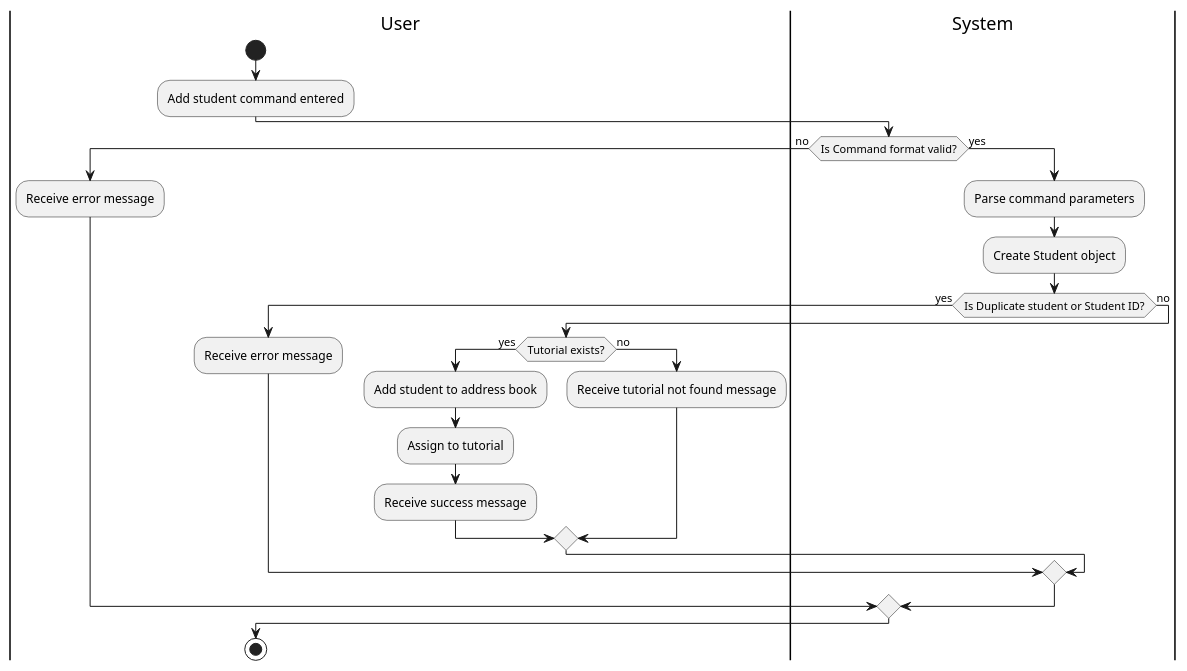
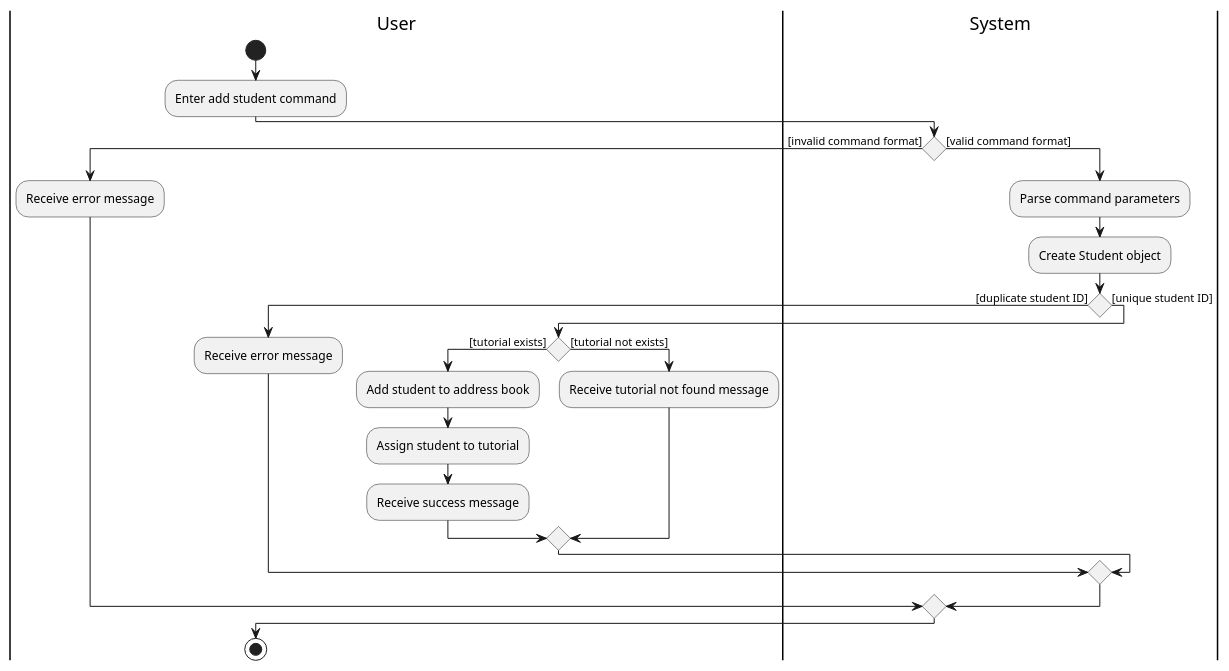
The diagram in diagrams/AddFeatureActivityDiagram.puml (Fui03/tp), drawn with PlantUML before and after one commit. The commit also changed 39 other files, not shown here.

```diff
--- a/diagrams/AddFeatureActivityDiagram.puml
+++ b/diagrams/AddFeatureActivityDiagram.puml
@@ -1,32 +1,32 @@
 @startuml
 
 |User|
 start
-:Add student command entered;
+:Enter add student command;
 |System|
-if (Is Command format valid?) then (no)
+if () then ([invalid command format])
     |User|
     :Receive error message;
-else (yes)
+else ([valid command format])
     |System|
     :Parse command parameters;
     :Create Student object;
-    if (Is Duplicate student or Student ID?) then (yes)
+    if () then ([duplicate student ID])
         |User|
         :Receive error message;
-    else (no)
-        if (Tutorial exists?) then (yes)
+    else ([unique student ID])
+        if () then ([tutorial exists])
             :Add student to address book;
-            :Assign to tutorial;
+            :Assign student to tutorial;
             |User|
             :Receive success message;
-        else (no)
+        else ([tutorial not exists])
             |User|
             :Receive tutorial not found message;
         endif
     endif
 endif
 
 stop
 
 @enduml
```
